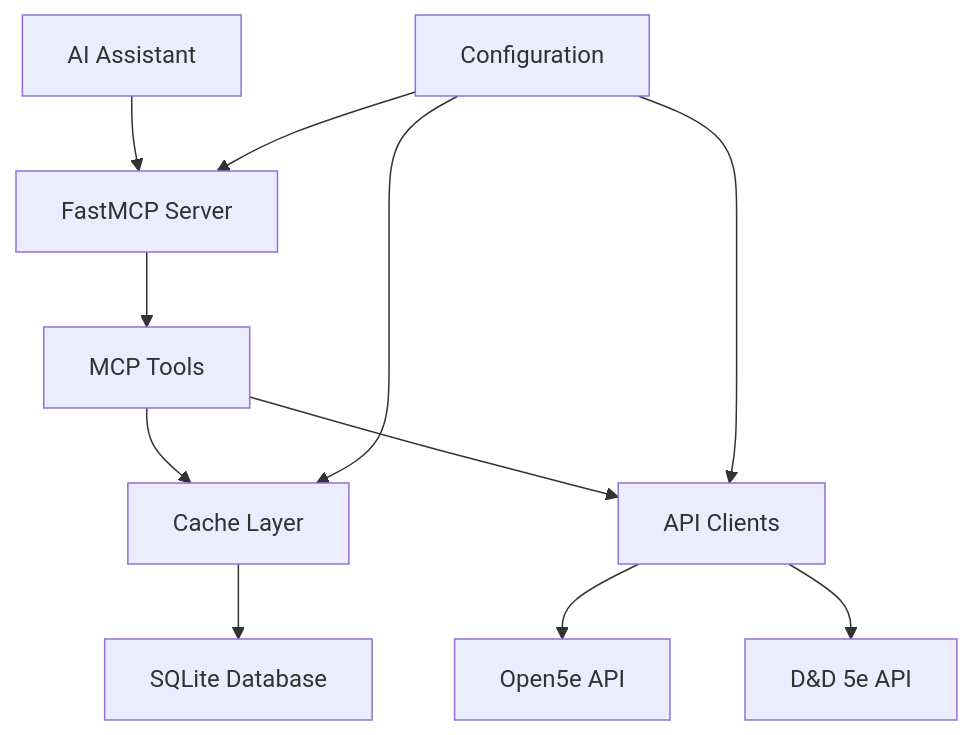
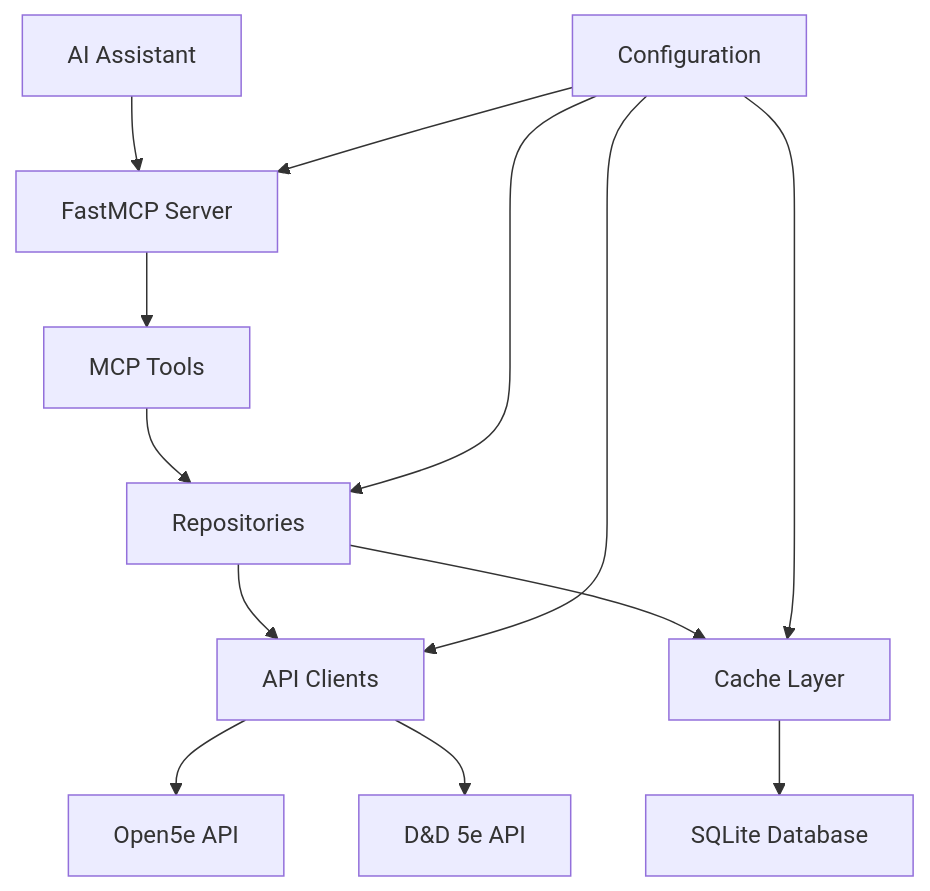
Before and after one commit to frap129/lorekeeper-mcp: the diagram in docs/architecture.md, drawn with Mermaid. The commit also changed other lines of this file and 10 other files, not shown here.

````diff
--- a/docs/architecture.md
+++ b/docs/architecture.md
@@ -129,13 +132,15 @@
 ```mermaid
 graph TD
     A[AI Assistant] --> B[FastMCP Server]
     B --> C[MCP Tools]
-    C --> D[Cache Layer]
-    C --> E[API Clients]
-    D --> F[SQLite Database]
-    E --> G[Open5e API]
-    E --> H[D&D 5e API]
-    I[Configuration] --> B
-    I --> D
-    I --> E
+    C --> D[Repositories]
+    D --> E[API Clients]
+    D --> F[Cache Layer]
+    F --> G[SQLite Database]
+    E --> H[Open5e API]
+    E --> I[D&D 5e API]
+    J[Configuration] --> B
+    J --> D
+    J --> F
+    J --> E
 ```
````
